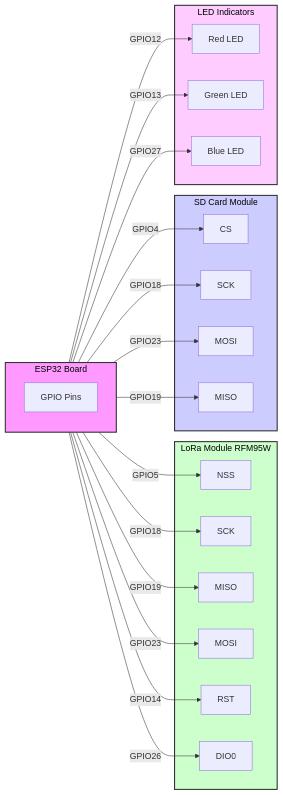
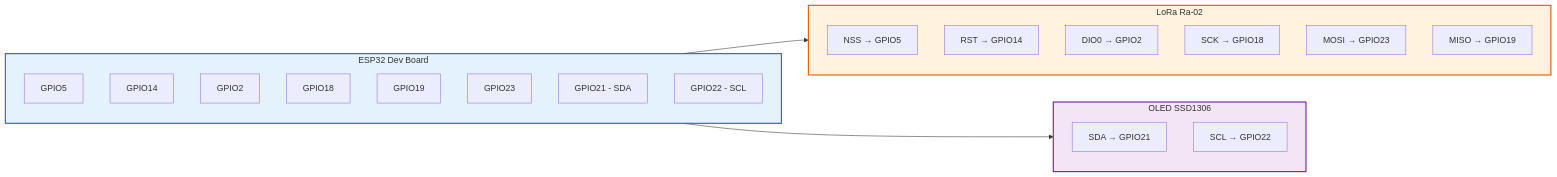
One commit to ficrammanifur/offline-emergency-lora-system changed the fourth of 9 diagrams in README.md. Above: the diagram before and after it, drawn with Mermaid. The commit also changed other lines of this file, not shown here.

````diff
--- a/README.md
+++ b/README.md
@@ -236,49 +280,35 @@
 ```mermaid
 graph LR
-    subgraph ESP32[ESP32 Board]
-        Pins[GPIO Pins]
+    subgraph ESP32[ESP32 Dev Board]
+        direction TB
+        GPIO5[GPIO5]
+        GPIO14[GPIO14]
+        GPIO2[GPIO2]
+        GPIO18[GPIO18]
+        GPIO19[GPIO19]
+        GPIO23[GPIO23]
+        SDA[GPIO21 - SDA]
+        SCL[GPIO22 - SCL]
     end
 
-    subgraph LoRa_M[LoRa Module RFM95W]
-        NSS_M[NSS]
-        SCK_M[SCK]
-        MISO_M[MISO]
-        MOSI_M[MOSI]
-        RST_M[RST]
-        DIO0_M[DIO0]
+    subgraph LORA_M[LoRa Ra-02]
+        NSS_M[NSS → GPIO5]
+        RST_M[RST → GPIO14]
+        DIO0_M[DIO0 → GPIO2]
+        SCK_M[SCK → GPIO18]
+        MOSI_M[MOSI → GPIO23]
+        MISO_M[MISO → GPIO19]
     end
 
-    subgraph SD[SD Card Module]
-        CS[CS]
-        SCK_SD[SCK]
-        MOSI_SD[MOSI]
-        MISO_SD[MISO]
+    subgraph OLED[OLED SSD1306]
+        SDA_OLED[SDA → GPIO21]
+        SCL_OLED[SCL → GPIO22]
     end
 
-    subgraph LED[LED Indicators]
-        RED[Red LED]
-        GREEN[Green LED]
-        BLUE[Blue LED]
-    end
+    ESP32 --> LORA_M
+    ESP32 --> OLED
 
-    ESP32 -- GPIO5 --> NSS_M
-    ESP32 -- GPIO18 --> SCK_M
-    ESP32 -- GPIO19 --> MISO_M
-    ESP32 -- GPIO23 --> MOSI_M
-    ESP32 -- GPIO14 --> RST_M
-    ESP32 -- GPIO26 --> DIO0_M
-
-    ESP32 -- GPIO4 --> CS
-    ESP32 -- GPIO18 --> SCK_SD
-    ESP32 -- GPIO23 --> MOSI_SD
-    ESP32 -- GPIO19 --> MISO_SD
-
-    ESP32 -- GPIO12 --> RED
-    ESP32 -- GPIO13 --> GREEN
-    ESP32 -- GPIO27 --> BLUE
-
-    style ESP32 fill:#f9f,stroke:#333,stroke-width:2px,color:#000
-    style LoRa_M fill:#cfc,stroke:#333,stroke-width:2px,color:#000
-    style SD fill:#ccf,stroke:#333,stroke-width:2px,color:#000
-    style LED fill:#fcf,stroke:#333,stroke-width:2px,color:#000
+    style ESP32 fill:#e3f2fd,stroke:#1565c0,stroke-width:2px
+    style LORA_M fill:#fff3e0,stroke:#e65100,stroke-width:2px
+    style OLED fill:#f3e5f5,stroke:#6a1b9a,stroke-width:2px
 ```
````
